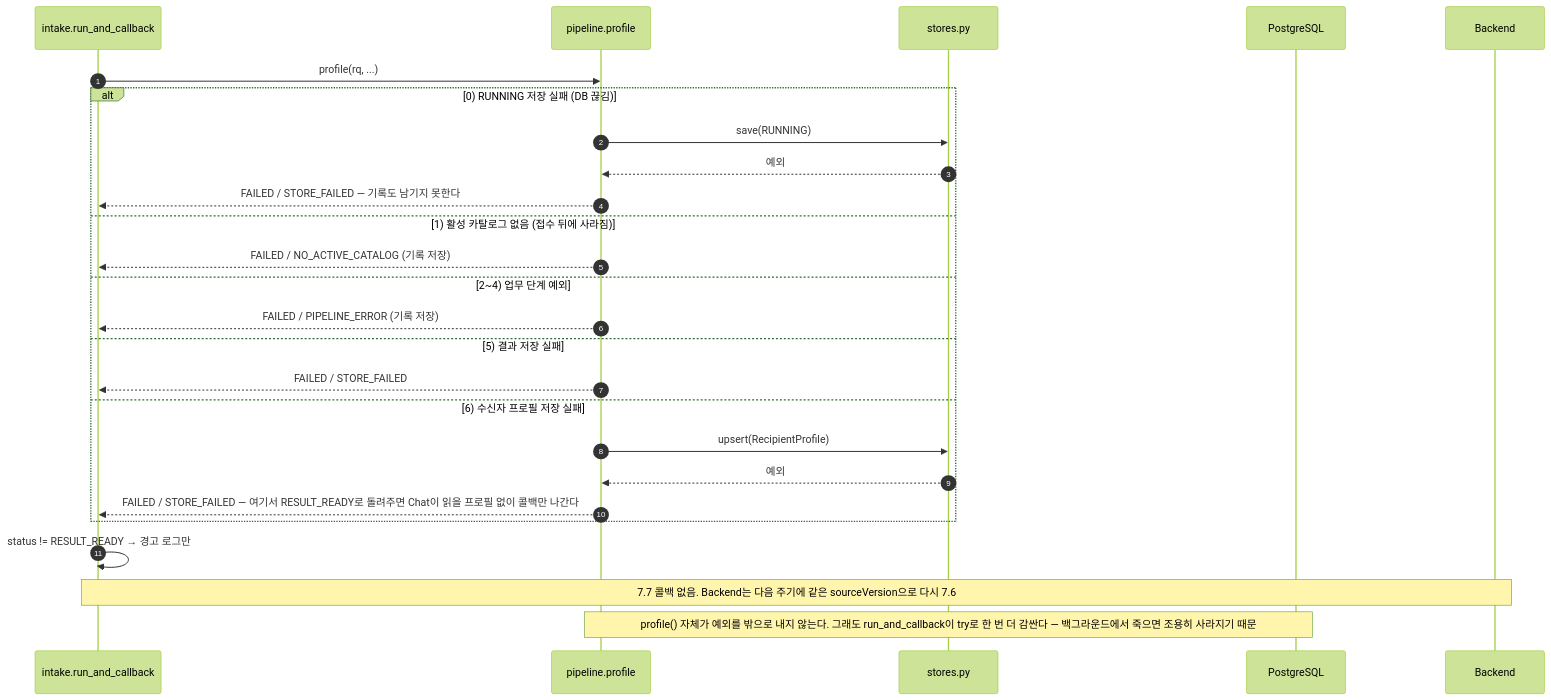
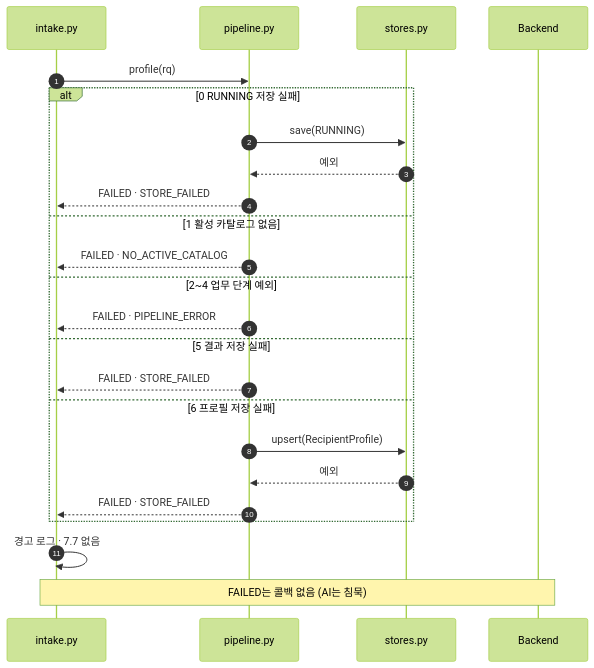
The fourth of 6 diagrams in profiling/docs/시퀀스_전체.md (100-hours-a-week/KTB4-12th-AI), drawn with Mermaid (forest theme) before and after one commit. The commit also changed other lines of this file and 70 other files, not shown here.

````diff
--- a/profiling/docs/시퀀스_전체.md
+++ b/profiling/docs/시퀀스_전체.md
@@ -194,29 +167,26 @@
 ```mermaid
 sequenceDiagram
   autonumber
-  participant R as intake.run_and_callback
-  participant PL as pipeline.profile
+  participant R as intake.py
+  participant PL as pipeline.py
   participant ST as stores.py
-  participant DB as PostgreSQL
   participant BE as Backend
-
-  R->>PL: profile(rq, ...)
-  alt 0) RUNNING 저장 실패 (DB 끊김)
+  R->>PL: profile(rq)
+  alt 0 RUNNING 저장 실패
     PL->>ST: save(RUNNING)
     ST-->>PL: 예외
-    PL-->>R: FAILED / STORE_FAILED — 기록도 남기지 못한다
-  else 1) 활성 카탈로그 없음 (접수 뒤에 사라짐)
-    PL-->>R: FAILED / NO_ACTIVE_CATALOG (기록 저장)
-  else 2~4) 업무 단계 예외
-    PL-->>R: FAILED / PIPELINE_ERROR (기록 저장)
-  else 5) 결과 저장 실패
-    PL-->>R: FAILED / STORE_FAILED
-  else 6) 수신자 프로필 저장 실패
+    PL-->>R: FAILED · STORE_FAILED
+  else 1 활성 카탈로그 없음
+    PL-->>R: FAILED · NO_ACTIVE_CATALOG
+  else 2~4 업무 단계 예외
+    PL-->>R: FAILED · PIPELINE_ERROR
+  else 5 결과 저장 실패
+    PL-->>R: FAILED · STORE_FAILED
+  else 6 프로필 저장 실패
     PL->>ST: upsert(RecipientProfile)
     ST-->>PL: 예외
-    PL-->>R: FAILED / STORE_FAILED — 여기서 RESULT_READY로 돌려주면 Chat이 읽을 프로필 없이 콜백만 나간다
+    PL-->>R: FAILED · STORE_FAILED
   end
-  R->>R: status != RESULT_READY → 경고 로그만
-  Note over R,BE: 7.7 콜백 없음. Backend는 다음 주기에 같은 sourceVersion으로 다시 7.6
-  Note over PL,DB: profile() 자체가 예외를 밖으로 내지 않는다. 그래도 run_and_callback이 try로 한 번 더 감싼다 — 백그라운드에서 죽으면 조용히 사라지기 때문
+  R->>R: 경고 로그 · 7.7 없음
+  Note over R,BE: FAILED는 콜백 없음 (AI는 침묵)
 ```
````
